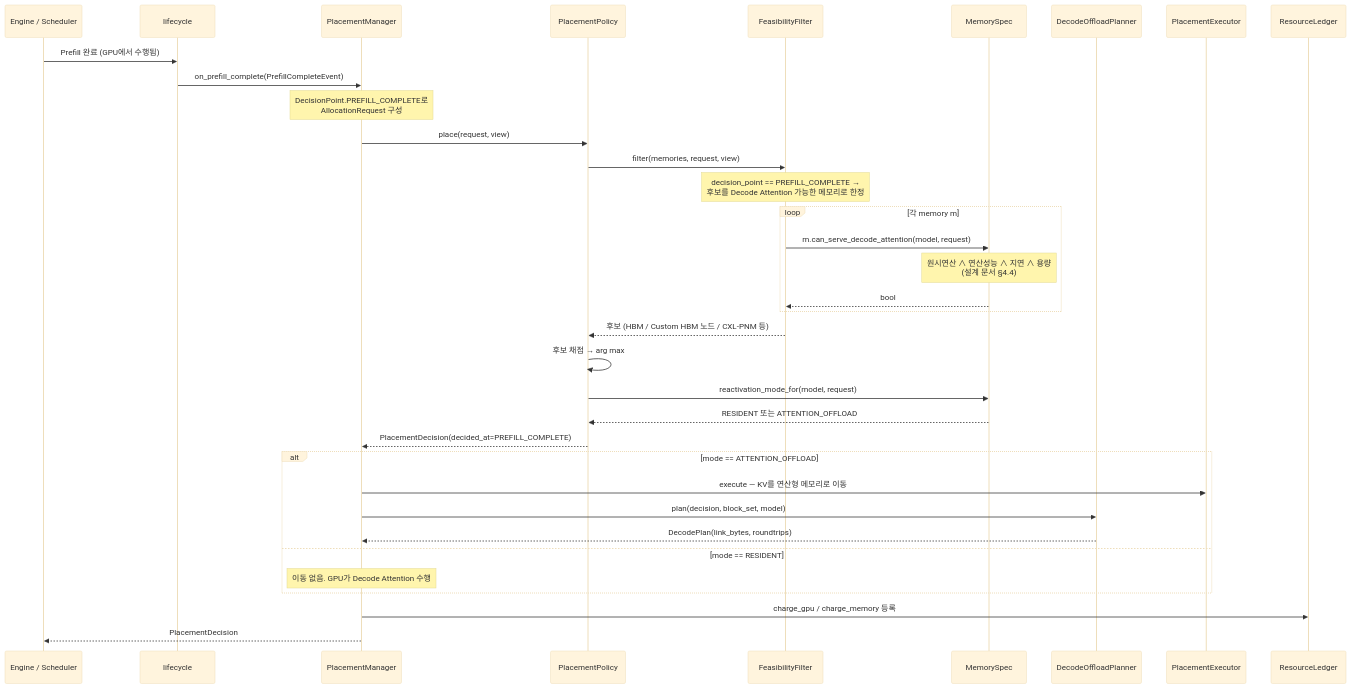
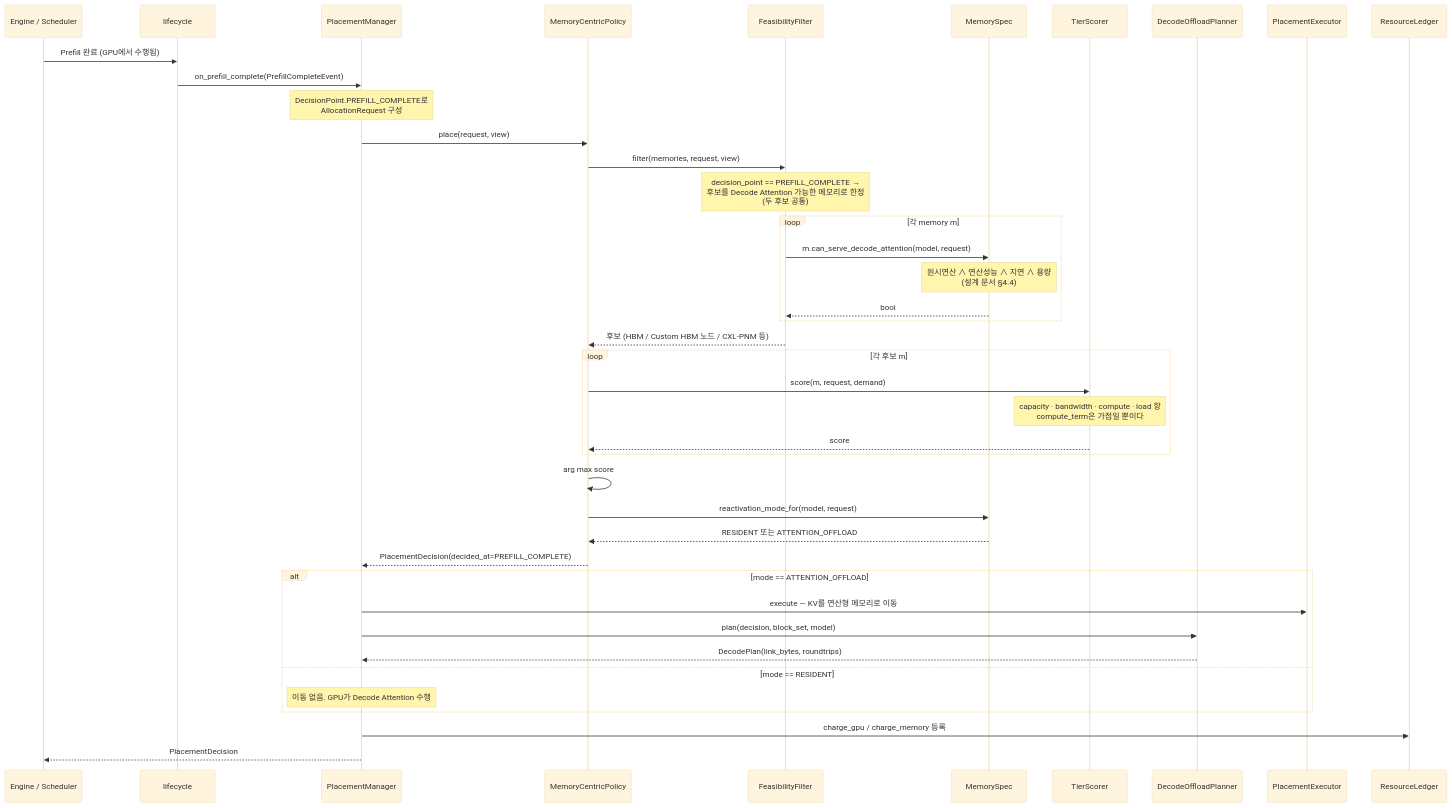
One commit to mkim0628/vllm changed the eighth of 14 diagrams in doc-architect/dp1-implementation-uml.md. Above: the diagram before and after it, drawn with Mermaid (base theme). The commit also changed other lines of this file and 2 other files, not shown here.

````diff
--- a/doc-architect/dp1-implementation-uml.md
+++ b/doc-architect/dp1-implementation-uml.md
@@ -559,41 +751,47 @@
 ```mermaid
 sequenceDiagram
     participant Eng as Engine / Scheduler
     participant LC as lifecycle
     participant Mgr as PlacementManager
-    participant Pol as PlacementPolicy
+    participant Pol as MemoryCentricPolicy
     participant Feas as FeasibilityFilter
     participant Spec as MemorySpec
+    participant Scorer as TierScorer
     participant Dec as DecodeOffloadPlanner
     participant Exec as PlacementExecutor
     participant Led as ResourceLedger
 
     Eng->>LC: Prefill 완료 (GPU에서 수행됨)
     LC->>Mgr: on_prefill_complete(PrefillCompleteEvent)
     Note over Mgr: DecisionPoint.PREFILL_COMPLETE로<br/>AllocationRequest 구성
     Mgr->>Pol: place(request, view)
 
     Pol->>Feas: filter(memories, request, view)
-    Note over Feas: decision_point == PREFILL_COMPLETE →<br/>후보를 Decode Attention 가능한 메모리로 한정
+    Note over Feas: decision_point == PREFILL_COMPLETE →<br/>후보를 Decode Attention 가능한 메모리로 한정<br/>(두 후보 공통)
     loop 각 memory m
         Feas->>Spec: m.can_serve_decode_attention(model, request)
         Note over Spec: 원시연산 ∧ 연산성능 ∧ 지연 ∧ 용량<br/>(설계 문서 §4.4)
         Spec-->>Feas: bool
     end
     Feas-->>Pol: 후보 (HBM / Custom HBM 노드 / CXL-PNM 등)
 
-    Pol->>Pol: 후보 채점 → arg max
+    loop 각 후보 m
+        Pol->>Scorer: score(m, request, demand)
+        Note over Scorer: capacity · bandwidth · compute · load 항<br/>compute_term은 가점일 뿐이다
+        Scorer-->>Pol: score
+    end
+    Pol->>Pol: arg max score
     Pol->>Spec: reactivation_mode_for(model, request)
     Spec-->>Pol: RESIDENT 또는 ATTENTION_OFFLOAD
     Pol-->>Mgr: PlacementDecision(decided_at=PREFILL_COMPLETE)
 
     alt mode == ATTENTION_OFFLOAD
         Mgr->>Exec: execute — KV를 연산형 메모리로 이동
         Mgr->>Dec: plan(decision, block_set, model)
         Dec-->>Mgr: DecodePlan(link_bytes, roundtrips)
     else mode == RESIDENT
         Note over Mgr: 이동 없음. GPU가 Decode Attention 수행
     end
     Mgr->>Led: charge_gpu / charge_memory 등록
     Mgr-->>Eng: PlacementDecision
 ```
````
